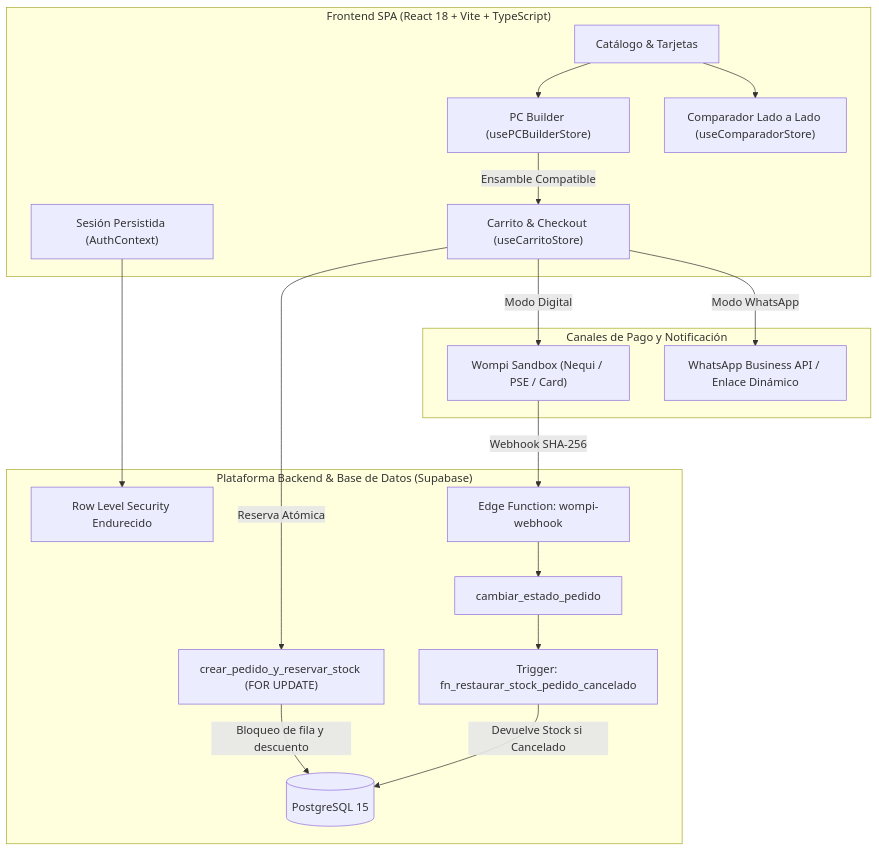
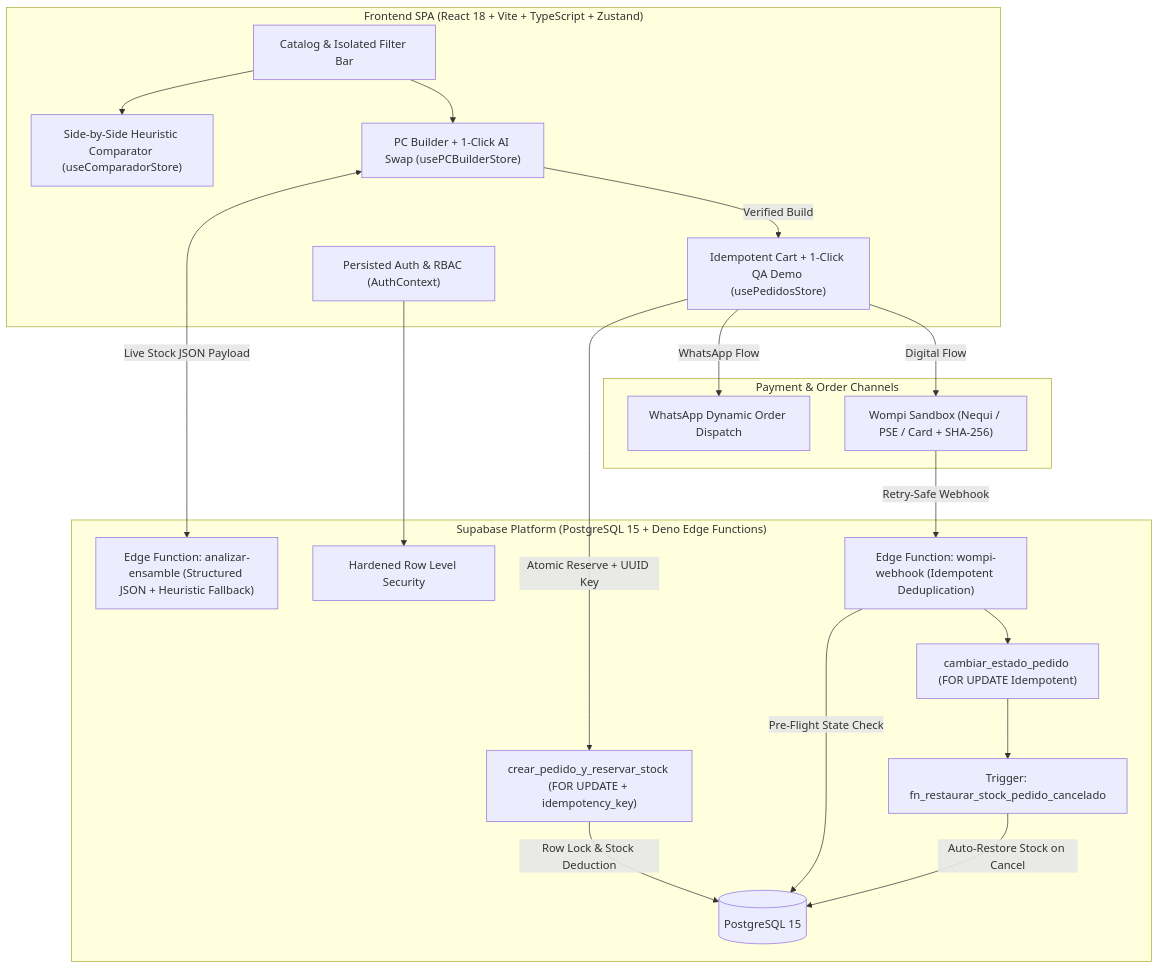
One commit to KievDxD/NexusCore-Fullstack-Ecom changed the diagram in README.md. Above: the diagram before and after it, drawn with Mermaid. The commit also changed other lines of this file and 23 other files, not shown here.

Commit message:
feat(v2): add idempotent checkout, AI build advisor & bilingual docs

````diff
--- a/README.md
+++ b/README.md
@@ -26,37 +11,40 @@
 ```mermaid
 flowchart TD
-    subgraph Cliente["Frontend SPA (React 18 + Vite + TypeScript)"]
-        UI["Catálogo & Tarjetas"]
-        Builder["PC Builder (usePCBuilderStore)"]
-        Compare["Comparador Lado a Lado (useComparadorStore)"]
-        Cart["Carrito & Checkout (useCarritoStore)"]
-        Auth["Sesión Persistida (AuthContext)"]
+    subgraph Client["Frontend SPA (React 18 + Vite + TypeScript + Zustand)"]
+        Catalog["Catalog & Isolated Filter Bar"]
+        Builder["PC Builder + 1-Click AI Swap (usePCBuilderStore)"]
+        Comparator["Side-by-Side Heuristic Comparator (useComparadorStore)"]
+        Checkout["Idempotent Cart + 1-Click QA Demo (usePedidosStore)"]
+        Auth["Persisted Auth & RBAC (AuthContext)"]
     end
 
-    subgraph Backend["Plataforma Backend & Base de Datos (Supabase)"]
+    subgraph Backend["Supabase Platform (PostgreSQL 15 + Deno Edge Functions)"]
         DB[("PostgreSQL 15")]
-        RPC_Order["crear_pedido_y_reservar_stock (FOR UPDATE)"]
-        RPC_State["cambiar_estado_pedido"]
+        RPC_Reserve["crear_pedido_y_reservar_stock (FOR UPDATE + idempotency_key)"]
+        RPC_State["cambiar_estado_pedido (FOR UPDATE Idempotent)"]
         Trigger["Trigger: fn_restaurar_stock_pedido_cancelado"]
-        RLS["Row Level Security Endurecido"]
-        EdgeFn["Edge Function: wompi-webhook"]
+        RLS["Hardened Row Level Security"]
+        Edge_Wompi["Edge Function: wompi-webhook (Idempotent Deduplication)"]
+        Edge_AI["Edge Function: analizar-ensamble (Structured JSON + Heuristic Fallback)"]
     end
 
-    subgraph Canales["Canales de Pago y Notificación"]
-        Wompi["Wompi Sandbox (Nequi / PSE / Card)"]
-        WA["WhatsApp Business API / Enlace Dinámico"]
+    subgraph PaymentChannels["Payment & Order Channels"]
+        Wompi["Wompi Sandbox (Nequi / PSE / Card + SHA-256)"]
+        WhatsApp["WhatsApp Dynamic Order Dispatch"]
     end
 
-    UI --> Compare
-    UI --> Builder
-    Builder -->|Ensamble Compatible| Cart
-    Cart -->|Reserva Atómica| RPC_Order
-    RPC_Order -->|Bloqueo de fila y descuento| DB
-    Cart -->|Modo WhatsApp| WA
-    Cart -->|Modo Digital| Wompi
-    Wompi -->|Webhook SHA-256| EdgeFn
-    EdgeFn --> RPC_State
+    Catalog --> Comparator
+    Catalog --> Builder
+    Builder <-->|Live Stock JSON Payload| Edge_AI
+    Builder -->|Verified Build| Checkout
+    Checkout -->|Atomic Reserve + UUID Key| RPC_Reserve
+    RPC_Reserve -->|Row Lock & Stock Deduction| DB
+    Checkout -->|WhatsApp Flow| WhatsApp
+    Checkout -->|Digital Flow| Wompi
+    Wompi -->|Retry-Safe Webhook| Edge_Wompi
+    Edge_Wompi -->|Pre-Flight State Check| DB
+    Edge_Wompi --> RPC_State
     RPC_State --> Trigger
-    Trigger -->|Devuelve Stock si Cancelado| DB
+    Trigger -->|Auto-Restore Stock on Cancel| DB
     Auth --> RLS
 ```
````
